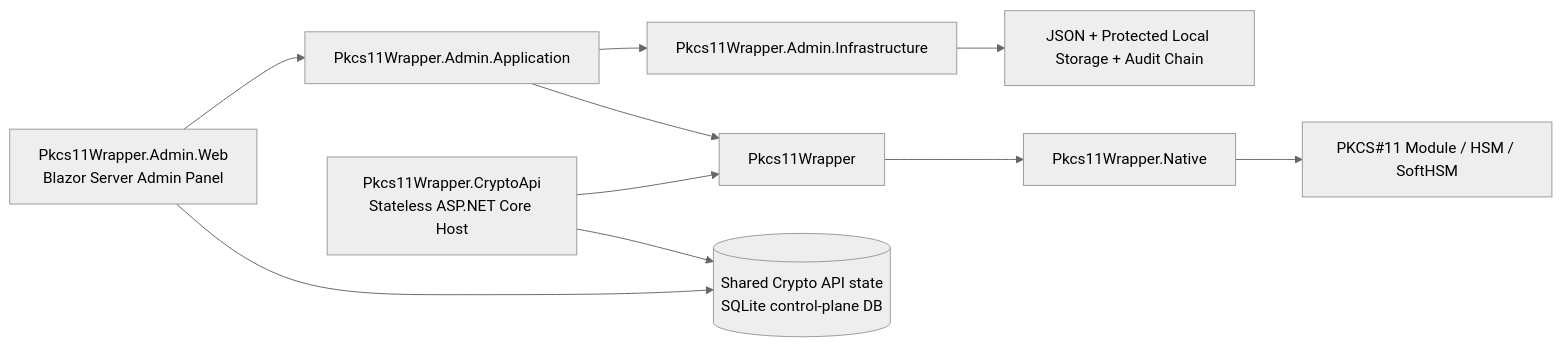
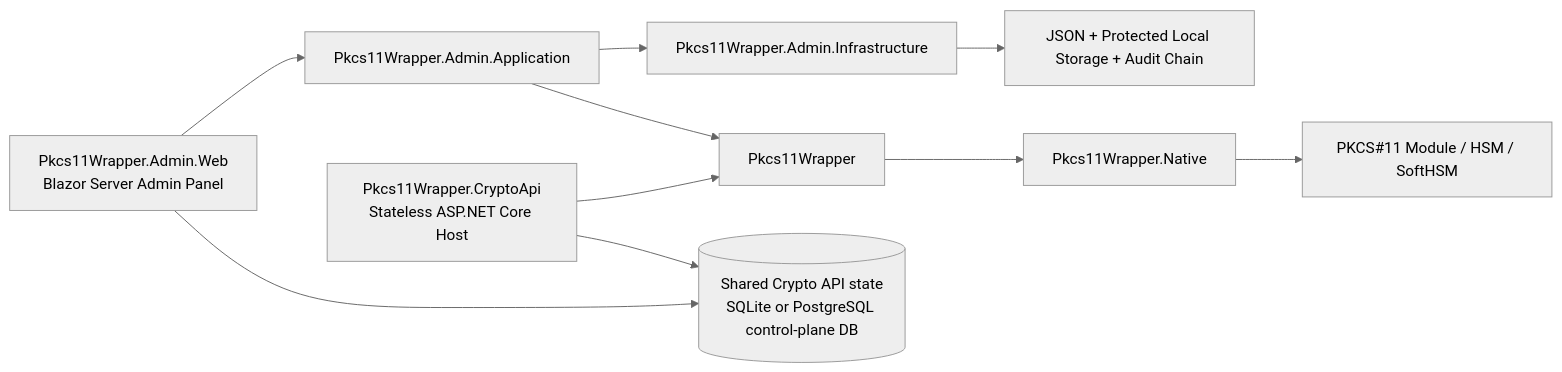
The diagram in README.md (EbubekirERGUN/Pkcs11Wrapper), drawn with Mermaid (neutral theme) before and after one commit. The commit also changed other lines of this file and 16 other files, not shown here.

Commit message:
Add PostgreSQL shared persistence for Crypto API state

````diff
--- a/README.md
+++ b/README.md
@@ -109,12 +109,12 @@
 ```mermaid
 flowchart LR
     A[Pkcs11Wrapper.Admin.Web\nBlazor Server Admin Panel] --> B[Pkcs11Wrapper.Admin.Application]
     B --> C[Pkcs11Wrapper.Admin.Infrastructure]
     B --> D[Pkcs11Wrapper]
-    A --> S[(Shared Crypto API state\nSQLite control-plane DB)]
+    A --> S[(Shared Crypto API state\nSQLite or PostgreSQL control-plane DB)]
     H[Pkcs11Wrapper.CryptoApi\nStateless ASP.NET Core Host] --> D
     H --> S
     D --> E[Pkcs11Wrapper.Native]
     E --> F[PKCS#11 Module / HSM / SoftHSM]
     C --> G[JSON + Protected Local Storage + Audit Chain]
 ```
````
